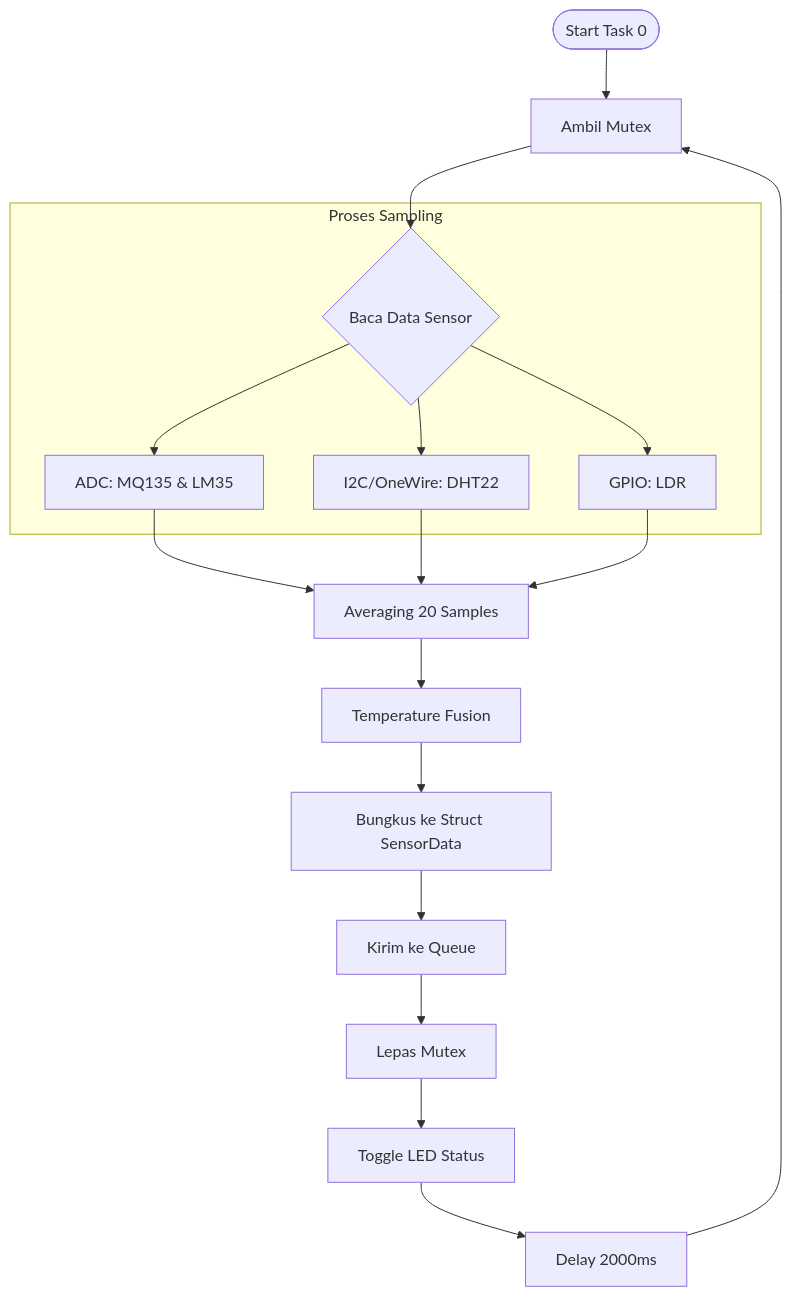
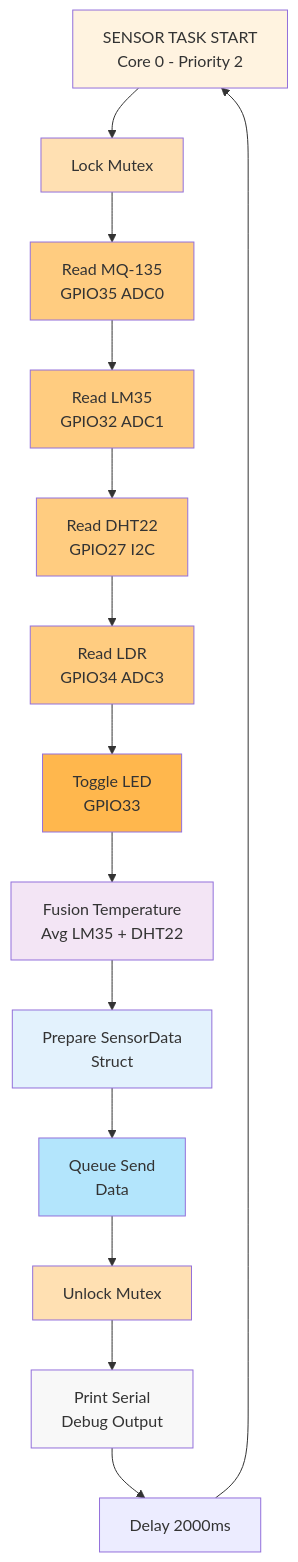
One commit to ficrammanifur/ESP32-RTOS-Environmental-Monitor changed the eighth of 25 diagrams in README.md. Above: the diagram before and after it, drawn with Mermaid. The commit also changed other lines of this file, not shown here.

````diff
--- a/README.md
+++ b/README.md
@@ -402,20 +408,29 @@
 ```mermaid
-flowchart TD
-    A([Start Task 0]) --> B[Ambil Mutex]
-    B --> C{Baca Data Sensor}
+graph TD
+    A["SENSOR TASK START<br/>Core 0 - Priority 2"] --> B["Lock Mutex"]
+    B --> C["Read MQ-135<br/>GPIO35 ADC0"]
+    C --> D["Read LM35<br/>GPIO32 ADC1"]
+    D --> E["Read DHT22<br/>GPIO27 I2C"]
+    E --> F["Read LDR<br/>GPIO34 ADC3"]
+    F --> G["Toggle LED<br/>GPIO33"]
+    G --> H["Fusion Temperature<br/>Avg LM35 + DHT22"]
+    H --> I["Prepare SensorData<br/>Struct"]
+    I --> J["Queue Send<br/>Data"]
+    J --> K["Unlock Mutex"]
+    K --> L["Print Serial<br/>Debug Output"]
+    L --> M["Delay 2000ms"]
+    M --> A
     
-    subgraph Reading["Proses Sampling"]
-        C --> D[ADC: MQ135 & LM35]
-        C --> E[I2C/OneWire: DHT22]
-        C --> F[GPIO: LDR]
-    end
-    
-    D & E & F --> G[Averaging 20 Samples]
-    G --> H[Temperature Fusion]
-    H --> I[Bungkus ke Struct SensorData]
-    I --> J[Kirim ke Queue]
-    J --> K[Lepas Mutex]
-    K --> L[Toggle LED Status]
-    L --> M[Delay 2000ms]
-    M --> B
+    style A fill:#fff3e0
+    style B fill:#ffe0b2
+    style C fill:#ffcc80
+    style D fill:#ffcc80
+    style E fill:#ffcc80
+    style F fill:#ffcc80
+    style G fill:#ffb74d
+    style H fill:#f3e5f5
+    style I fill:#e3f2fd
+    style J fill:#b3e5fc
+    style K fill:#ffe0b2
+    style L fill:#f8f8f8
 ```
````
